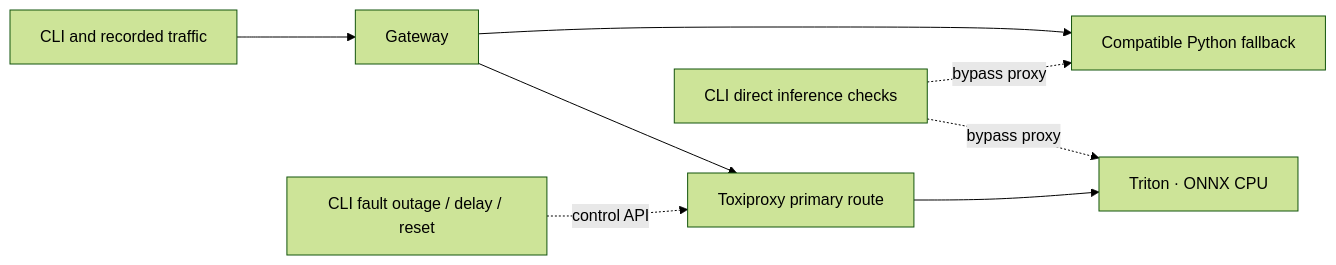
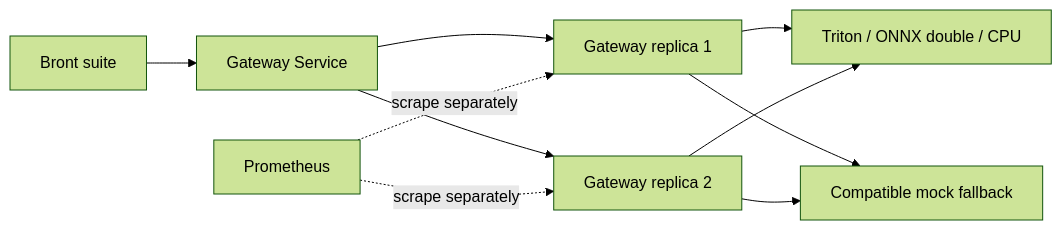
One commit to 4anklee/bront changed the second of 2 diagrams in docs/architecture.md. Above: the diagram before and after it, drawn with Mermaid (forest theme). The commit also changed other lines of this file and 129 other files, not shown here.

````diff
--- a/docs/architecture.md
+++ b/docs/architecture.md
@@ -19,9 +43,9 @@
 ```mermaid
 flowchart LR
-    CLI[CLI and recorded traffic] --> Gateway
-    Gateway --> Proxy[Toxiproxy primary route]
-    Proxy --> Triton[Triton · ONNX CPU]
-    Gateway --> Fallback[Compatible Python fallback]
-    Controls[CLI fault outage / delay / reset] -. control API .-> Proxy
-    Status[CLI direct inference checks] -. bypass proxy .-> Triton & Fallback
+    Bront[Bront suite] --> Service[Gateway Service]
+    Service --> G1[Gateway replica 1]
+    Service --> G2[Gateway replica 2]
+    G1 & G2 --> Triton[Triton / ONNX double / CPU]
+    G1 & G2 --> Fallback[Compatible mock fallback]
+    Prometheus -. scrape separately .-> G1 & G2
 ```
````
